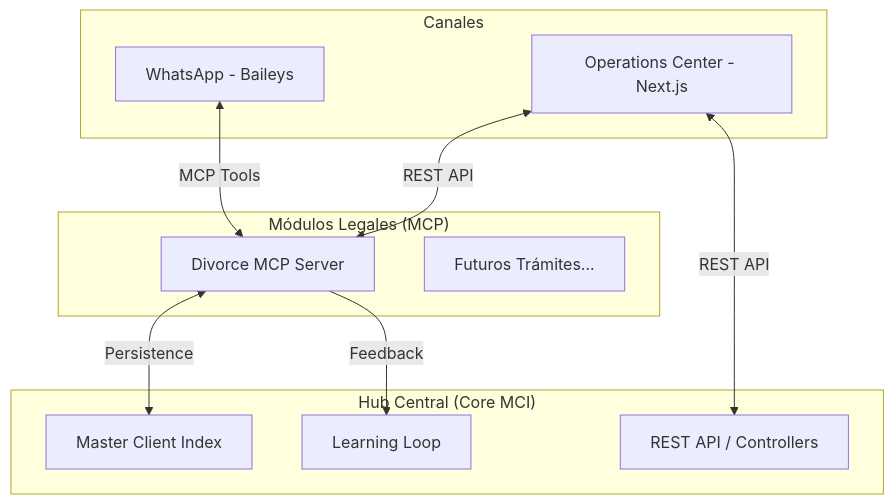
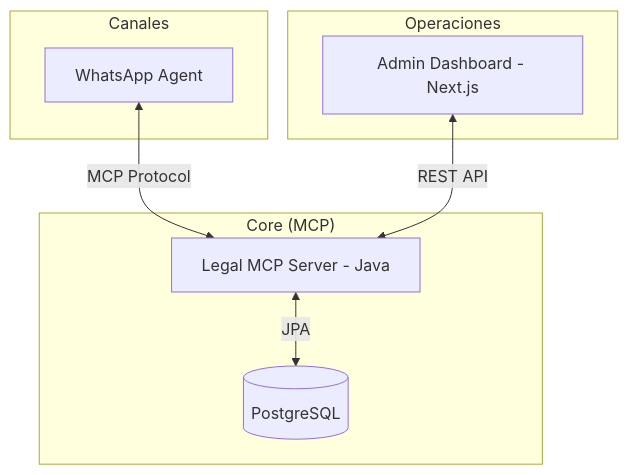
Before and after one commit to Evincere/lawrabot: the diagram in TechSpecs.md, drawn with Mermaid. The commit also changed other lines of this file and 440 other files, not shown here.

````diff
--- a/TechSpecs.md
+++ b/TechSpecs.md
@@ -13,24 +12,19 @@
 ```mermaid
 graph TD
     subgraph Canales
-        WA[WhatsApp - Baileys]
-        Web[Operations Center - Next.js]
+        WA[WhatsApp Agent]
     end
 
-    subgraph "Hub Central (Core MCI)"
-        MCI[Master Client Index]
-        LL[Learning Loop]
-        API[REST API / Controllers]
+    subgraph "Operaciones"
+        Dashboard[Admin Dashboard - Next.js]
     end
 
-    subgraph "Módulos Legales (MCP)"
-        Divorce[Divorce MCP Server]
-        Future[Futuros Trámites...]
+    subgraph "Core (MCP)"
+        Divorce[Legal MCP Server - Java]
+        DB[(PostgreSQL)]
     end
 
-    WA <-->|MCP Tools| Divorce
-    Web <-->|REST API| API
-    Web <-->|REST API| Divorce
-    Divorce <-->|Persistence| MCI
-    Divorce -->|Feedback| LL
+    WA <-->|MCP Protocol| Divorce
+    Dashboard <-->|REST API| Divorce
+    Divorce <-->|JPA| DB
 ```
````
